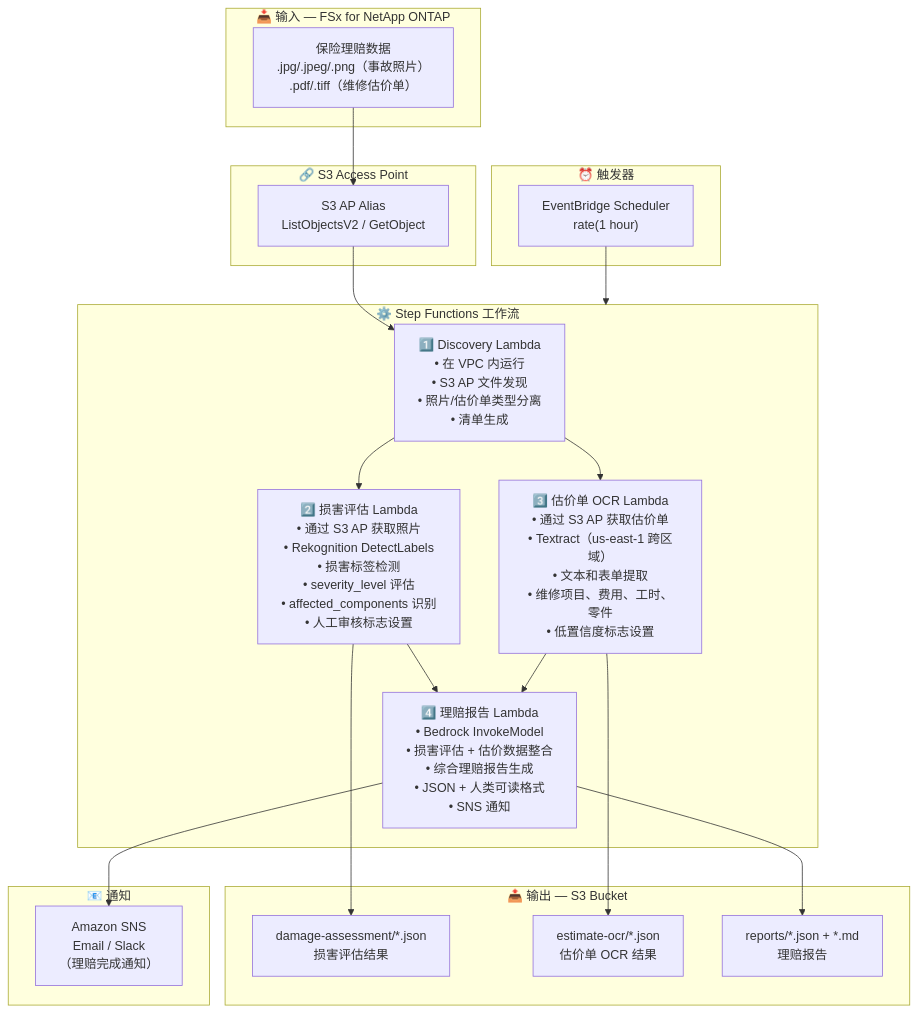
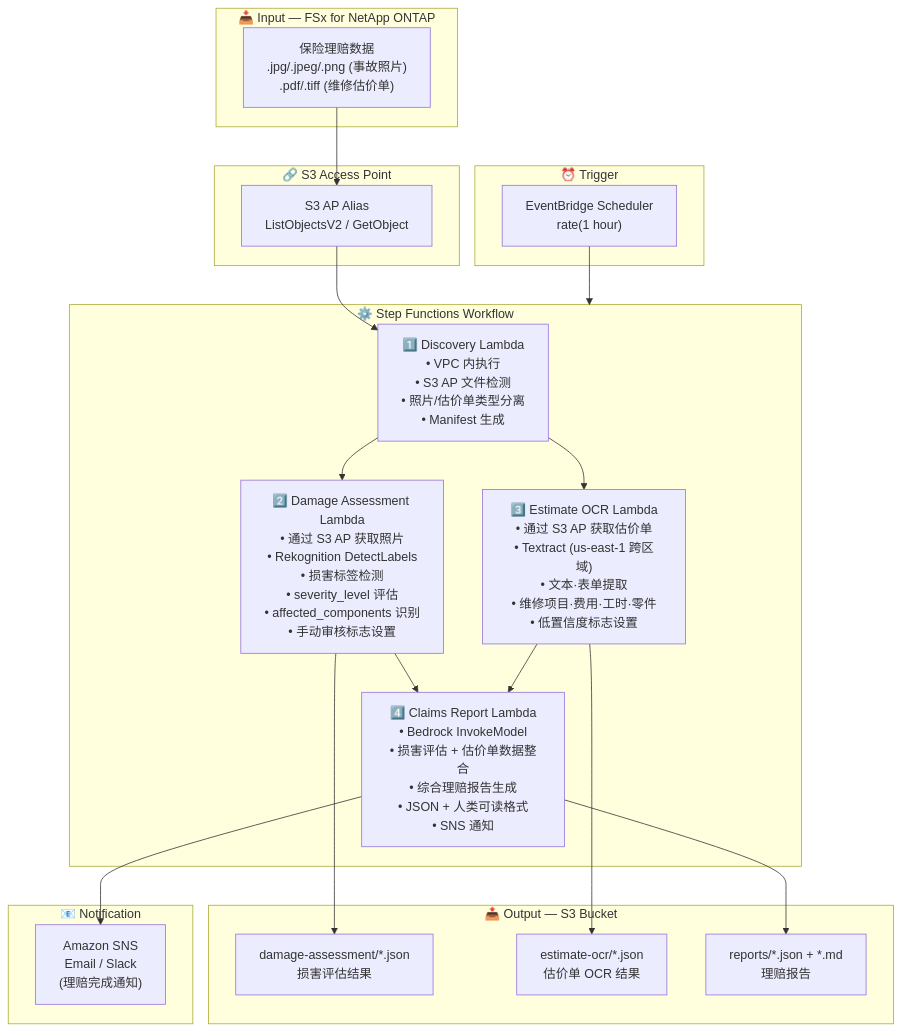
One commit to Yoshiki0705/FSx-for-ONTAP-S3AccessPoints-Serverless-Patterns changed the diagram in insurance-claims/docs/architecture.zh-CN.md. Above: the diagram before and after it, drawn with Mermaid. The commit also changed other lines of this file and 54 other files, not shown here.

````diff
--- a/insurance-claims/docs/architecture.zh-CN.md
+++ b/insurance-claims/docs/architecture.zh-CN.md
@@ -11,43 +13,43 @@
 ```mermaid
 flowchart TB
-    subgraph INPUT["📥 输入 — FSx for NetApp ONTAP"]
-        DATA["保险理赔数据<br/>.jpg/.jpeg/.png（事故照片）<br/>.pdf/.tiff（维修估价单）"]
+    subgraph INPUT["📥 Input — FSx for NetApp ONTAP"]
+        DATA["保险理赔数据<br/>.jpg/.jpeg/.png (事故照片)<br/>.pdf/.tiff (维修估价单)"]
     end
 
     subgraph S3AP["🔗 S3 Access Point"]
         ALIAS["S3 AP Alias<br/>ListObjectsV2 / GetObject"]
     end
 
-    subgraph TRIGGER["⏰ 触发器"]
+    subgraph TRIGGER["⏰ Trigger"]
         EB["EventBridge Scheduler<br/>rate(1 hour)"]
     end
 
-    subgraph SFN["⚙️ Step Functions 工作流"]
-        DISC["1️⃣ Discovery Lambda<br/>• 在 VPC 内运行<br/>• S3 AP 文件发现<br/>• 照片/估价单类型分离<br/>• 清单生成"]
-        DA["2️⃣ 损害评估 Lambda<br/>• 通过 S3 AP 获取照片<br/>• Rekognition DetectLabels<br/>• 损害标签检测<br/>• severity_level 评估<br/>• affected_components 识别<br/>• 人工审核标志设置"]
-        EO["3️⃣ 估价单 OCR Lambda<br/>• 通过 S3 AP 获取估价单<br/>• Textract（us-east-1 跨区域）<br/>• 文本和表单提取<br/>• 维修项目、费用、工时、零件<br/>• 低置信度标志设置"]
-        CR["4️⃣ 理赔报告 Lambda<br/>• Bedrock InvokeModel<br/>• 损害评估 + 估价数据整合<br/>• 综合理赔报告生成<br/>• JSON + 人类可读格式<br/>• SNS 通知"]
+    subgraph SFN["⚙️ Step Functions Workflow"]
+        DISC["1️⃣ Discovery Lambda<br/>• VPC 内执行<br/>• S3 AP 文件检测<br/>• 照片/估价单类型分离<br/>• Manifest 生成"]
+        DA["2️⃣ Damage Assessment Lambda<br/>• 通过 S3 AP 获取照片<br/>• Rekognition DetectLabels<br/>• 损害标签检测<br/>• severity_level 评估<br/>• affected_components 识别<br/>• 手动审核标志设置"]
+        EO["3️⃣ Estimate OCR Lambda<br/>• 通过 S3 AP 获取估价单<br/>• Textract (us-east-1 跨区域)<br/>• 文本·表单提取<br/>• 维修项目·费用·工时·零件<br/>• 低置信度标志设置"]
+        CR["4️⃣ Claims Report Lambda<br/>• Bedrock InvokeModel<br/>• 损害评估 + 估价单数据整合<br/>• 综合理赔报告生成<br/>• JSON + 人类可读格式<br/>• SNS 通知"]
     end
 
-    subgraph OUTPUT["📤 输出 — S3 Bucket"]
+    subgraph OUTPUT["📤 Output — S3 Bucket"]
         DMGOUT["damage-assessment/*.json<br/>损害评估结果"]
         OCROUT["estimate-ocr/*.json<br/>估价单 OCR 结果"]
         REPORT["reports/*.json + *.md<br/>理赔报告"]
     end
 
-    subgraph NOTIFY["📧 通知"]
-        SNS["Amazon SNS<br/>Email / Slack<br/>（理赔完成通知）"]
+    subgraph NOTIFY["📧 Notification"]
+        SNS["Amazon SNS<br/>Email / Slack<br/>(理赔完成通知)"]
     end
 
     DATA --> ALIAS
     ALIAS --> DISC
     EB --> SFN
     DISC --> DA
     DISC --> EO
     DA --> CR
     EO --> CR
     DA --> DMGOUT
     EO --> OCROUT
     CR --> REPORT
     CR --> SNS
 ```
````
